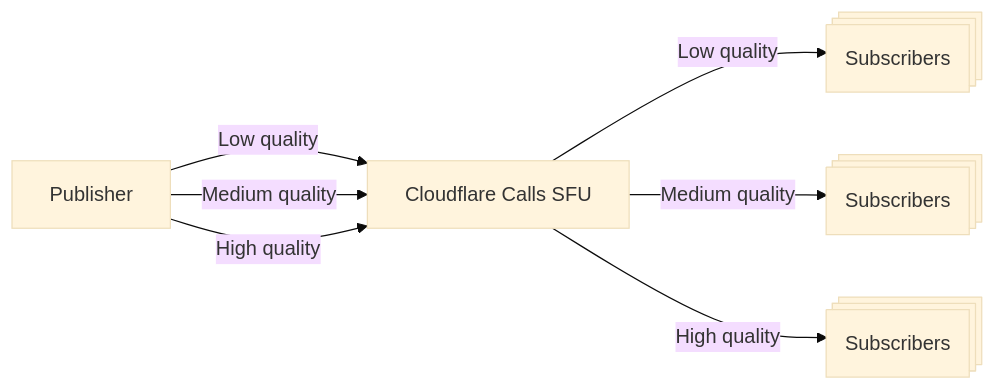
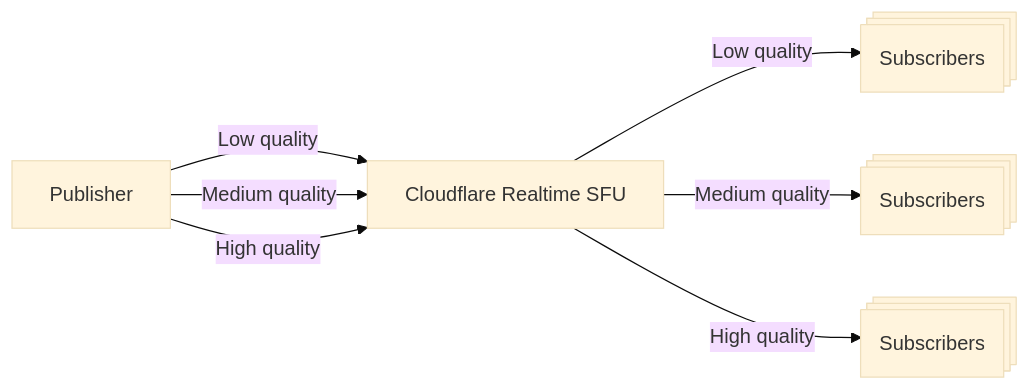
Before and after one commit to rdhanarot/cloudflare-docs: the diagram in src/content/docs/realtime/simulcast.mdx, drawn with Mermaid (base theme). The commit also changed other lines of this file and 1 other file, not shown here.

Commit message:
Realtime: replaced ridUnavailableStrategy with ridNotAvailable and other improvements (#21690)

````diff
--- a/src/content/docs/realtime/simulcast.mdx
+++ b/src/content/docs/realtime/simulcast.mdx
@@ -10,10 +10,10 @@
 ```mermaid
 graph LR
-    A[Publisher] -->|Low quality| B[Cloudflare Calls SFU]
+    A[Publisher] -->|Low quality| B[Cloudflare Realtime SFU]
     A -->|Medium quality| B
     A -->|High quality| B
 B -->|Low quality| C@{ shape: procs, label: "Subscribers"}
 B -->|Medium quality| D@{ shape: procs, label: "Subscribers"}
 B -->|High quality| E@{ shape: procs, label: "Subscribers"}
 
 ```
````
